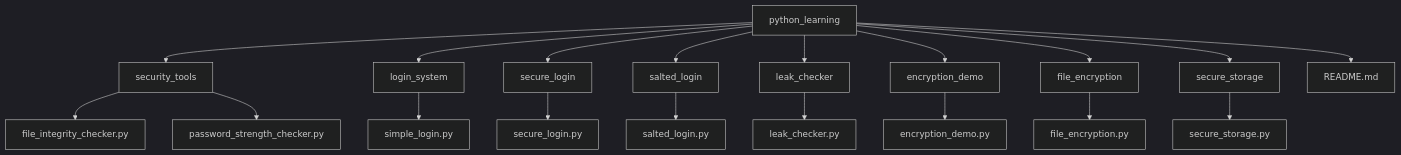
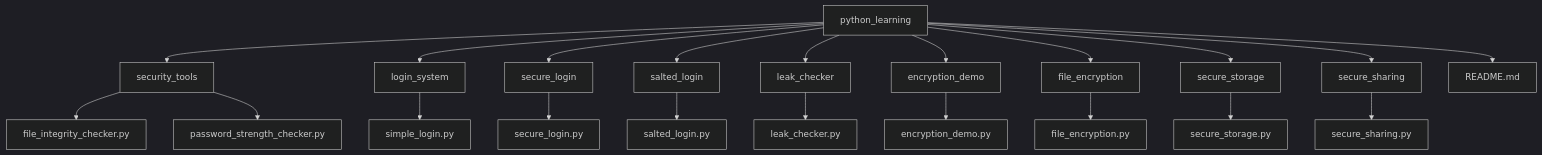
The diagram in README.md (Hawkins30/python_learning), drawn with Mermaid (dark theme) before and after one commit. The commit also changed other lines of this file, not shown here.

Commit message:
Updated README with Project 10: Secure File Sharing & Access Logging, tables, and diagram

````diff
--- a/README.md
+++ b/README.md
@@ -199,22 +217,24 @@
 ```mermaid
 graph TD
 A[python_learning] --> B[security_tools]
 A --> C[login_system]
 A --> D[secure_login]
 A --> E[salted_login]
 A --> F[leak_checker]
 A --> H[encryption_demo]
 A --> I[file_encryption]
 A --> J[secure_storage]
+A --> K[secure_sharing]
 A --> G[README.md]
 
 B --> B1[file_integrity_checker.py]
 B --> B2[password_strength_checker.py]
 C --> C1[simple_login.py]
 D --> D1[secure_login.py]
 E --> E1[salted_login.py]
 F --> F1[leak_checker.py]
 H --> H1[encryption_demo.py]
 I --> I1[file_encryption.py]
 J --> J1[secure_storage.py]
+K --> K1[secure_sharing.py]
 ```
````
